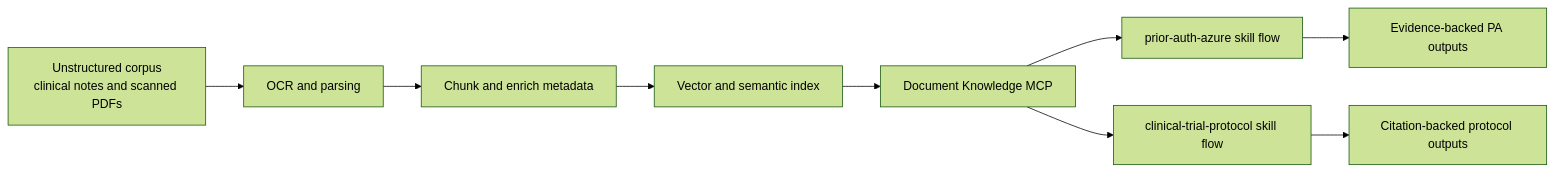
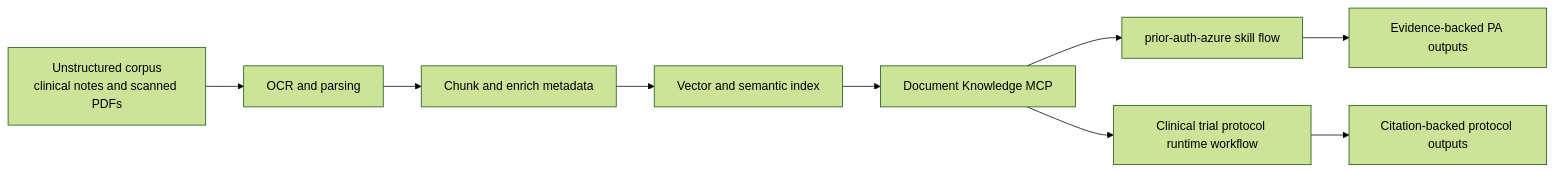
The seventh of 8 diagrams in docs/SKILLS-FLOW-MAP.md (jkarasha/Azure-Healthcare-Marketplace-Demo), drawn with Mermaid (forest theme) before and after one commit. The commit also changed other lines of this file, not shown here.

````diff
--- a/docs/SKILLS-FLOW-MAP.md
+++ b/docs/SKILLS-FLOW-MAP.md
@@ -172,12 +203,12 @@
 ```mermaid
 flowchart LR
     DOCS[Unstructured corpus<br/>clinical notes and scanned PDFs] --> OCR[OCR and parsing]
     OCR --> CHUNK[Chunk and enrich metadata]
     CHUNK --> IDX[Vector and semantic index]
     IDX --> KMCP[Document Knowledge MCP]
 
     KMCP --> PA[prior-auth-azure skill flow]
-    KMCP --> CTP[clinical-trial-protocol skill flow]
+    KMCP --> CTWF[Clinical trial protocol runtime workflow]
     PA --> OUT1[Evidence-backed PA outputs]
-    CTP --> OUT2[Citation-backed protocol outputs]
+    CTWF --> OUT2[Citation-backed protocol outputs]
 ```
````
